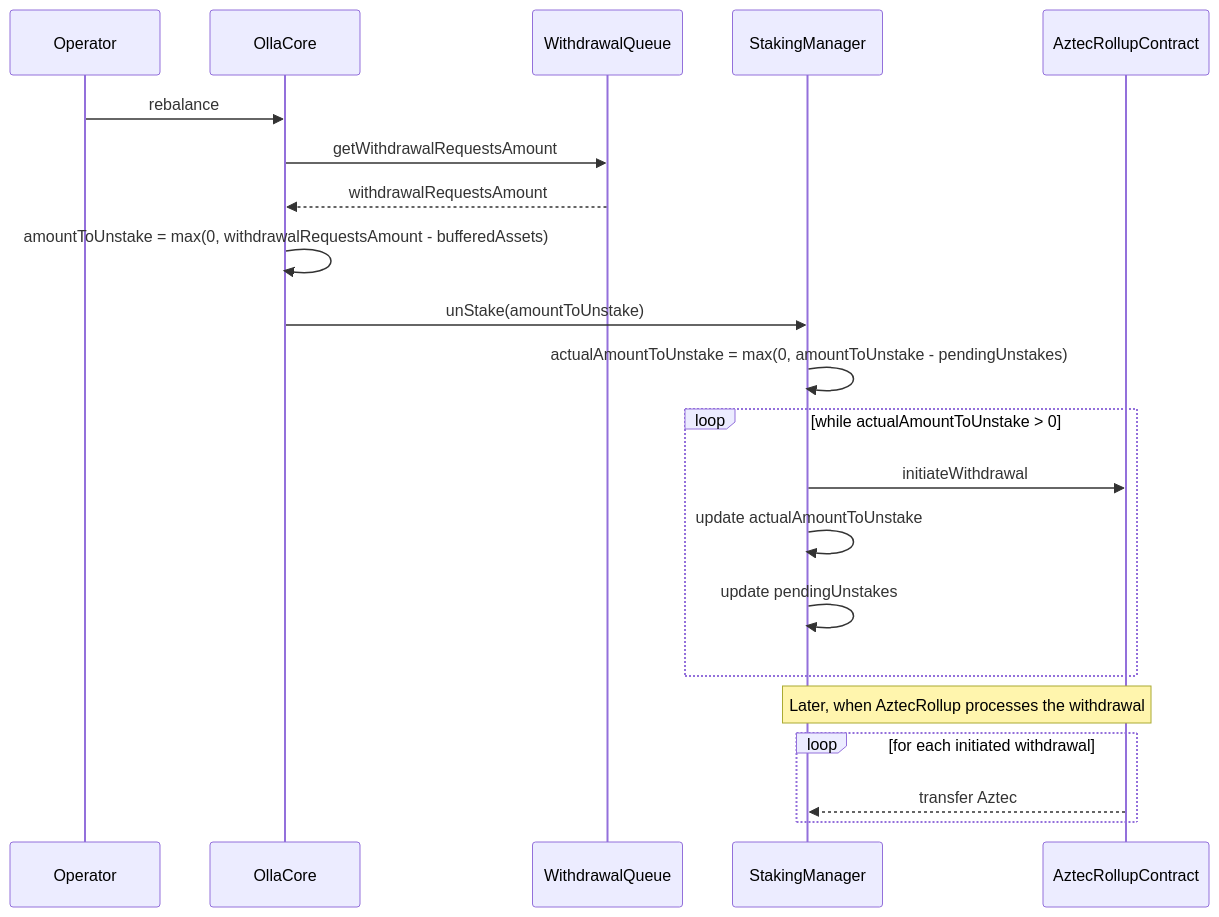
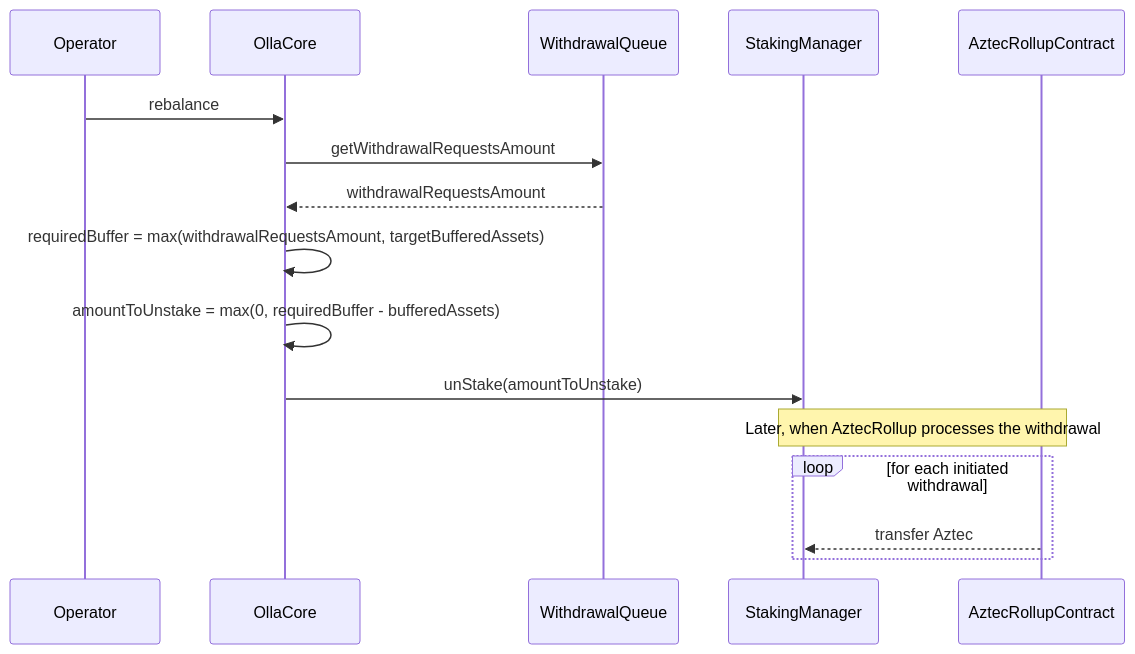
The seventh of 7 diagrams in research/technical/architecture/flows.md (ollafinance/core), drawn with Mermaid before and after one commit. The commit also changed other lines of this file and 10 other files, not shown here.

````diff
--- a/research/technical/architecture/flows.md
+++ b/research/technical/architecture/flows.md
@@ -202,24 +202,19 @@
 ```mermaid
 sequenceDiagram
     participant op as Operator
     participant C as OllaCore
     participant WQ as WithdrawalQueue
     participant stkMan as StakingManager
     participant AR as AztecRollupContract
 
     op->>C: rebalance
     C->>WQ: getWithdrawalRequestsAmount
     WQ-->>C: withdrawalRequestsAmount
-    C->>C: amountToUnstake = max(0, withdrawalRequestsAmount - bufferedAssets)
+    C->>C: requiredBuffer = max(withdrawalRequestsAmount, targetBufferedAssets)
+    C->>C: amountToUnstake = max(0, requiredBuffer - bufferedAssets)
     C->>stkMan: unStake(amountToUnstake)
-    stkMan->>stkMan: actualAmountToUnstake = max(0, amountToUnstake - pendingUnstakes)
-    loop while actualAmountToUnstake > 0
-        stkMan->>AR: initiateWithdrawal
-        stkMan->>stkMan: update actualAmountToUnstake
-        stkMan->>stkMan: update pendingUnstakes
-    end
     Note over stkMan,AR: Later, when AztecRollup processes the withdrawal
     loop for each initiated withdrawal
         AR-->>stkMan: transfer Aztec
     end
 ```
````
